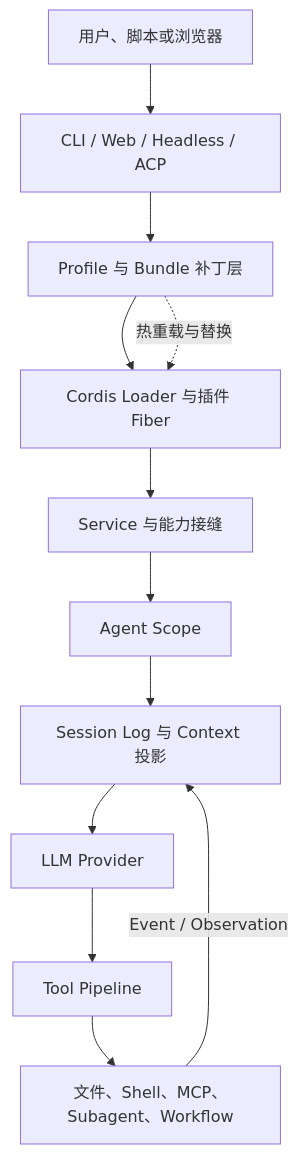
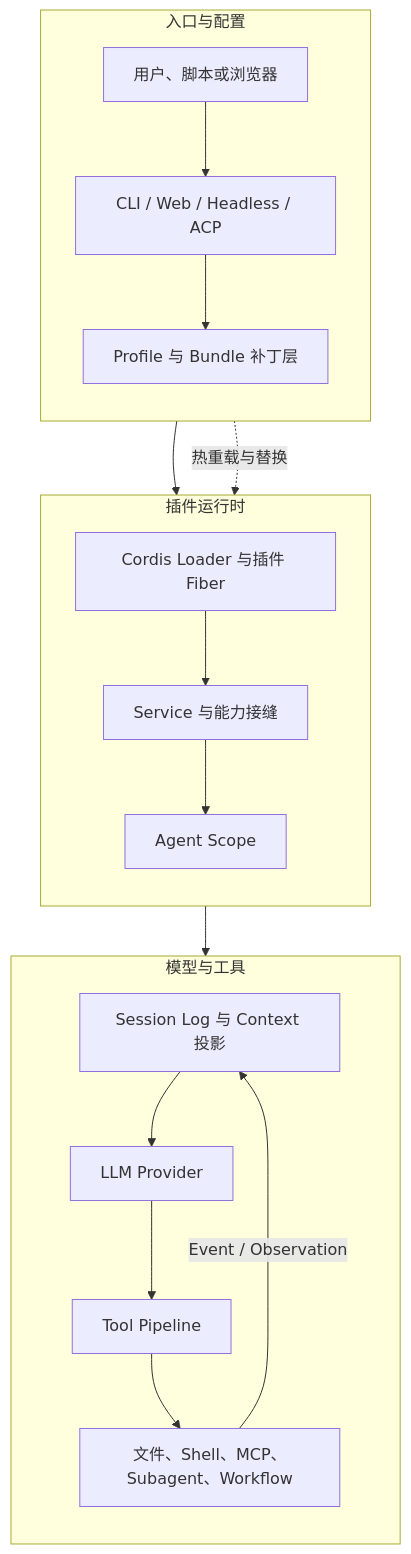
One commit to specialpointcentral/harness changed the first of 3 diagrams in docs/harness-survey/27_deepseek_harness.md. Above: the diagram before and after it, drawn with Mermaid. The commit also changed other lines of this file and 18 other files, not shown here.

First line of the commit message:
docs: improve diagram layouts and tidy supporting files

````diff
--- a/docs/harness-survey/27_deepseek_harness.md
+++ b/docs/harness-survey/27_deepseek_harness.md
@@ -13,20 +13,28 @@
 ```mermaid
 flowchart TB
-  U[用户、脚本或浏览器]
-  C[CLI / Web / Headless / ACP]
-  P[Profile 与 Bundle 补丁层]
-  L[Cordis Loader 与插件 Fiber]
-  S[Service 与能力接缝]
-  A[Agent Scope]
-  X[Session Log 与 Context 投影]
-  M[LLM Provider]
-  T[Tool Pipeline]
-  E[文件、Shell、MCP、Subagent、Workflow]
-
+  subgraph ENTRY[入口与配置]
+    direction TB
+    U[用户、脚本或浏览器]
+    C[CLI / Web / Headless / ACP]
+    P[Profile 与 Bundle 补丁层]
+  end
+  subgraph PLUGIN[插件运行时]
+    direction TB
+    L[Cordis Loader 与插件 Fiber]
+    S[Service 与能力接缝]
+    A[Agent Scope]
+  end
+  subgraph LOOP[模型与工具]
+    direction TB
+    X[Session Log 与 Context 投影]
+    M[LLM Provider]
+    T[Tool Pipeline]
+    E[文件、Shell、MCP、Subagent、Workflow]
+  end
   U --> C --> P --> L
   L --> S --> A
   A --> X --> M
   M --> T --> E
   E -->|Event / Observation| X
   P -.热重载与替换.-> L
 ```
````
